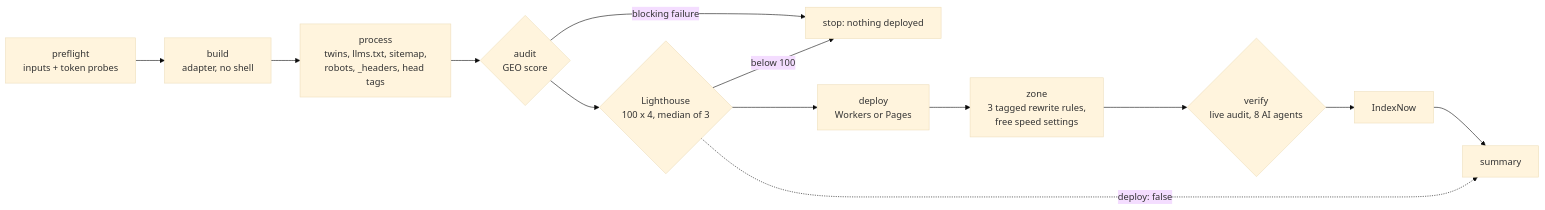
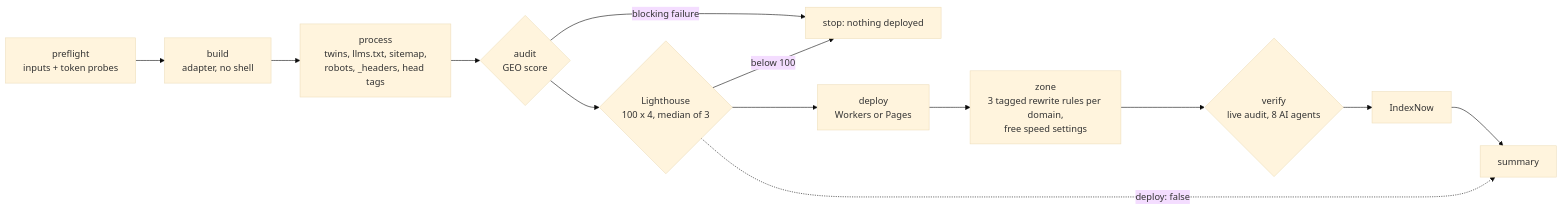
Before and after one commit to Avarok-Cybersecurity/geoharness: the diagram in README.md, drawn with Mermaid (base theme). The commit also changed other lines of this file and 99 other files, not shown here.

First line of the commit message:
Consumer friction from the thomaspbraun.com migration: DNS takeover, per-domain rules, honest rollback, build-meta window, lastmod sources, twin and robots fixes (#6)

````diff
--- a/README.md
+++ b/README.md
@@ -104,14 +105,14 @@
 ```mermaid
 flowchart LR
   P[preflight<br/>inputs + token probes] --> B[build<br/>adapter, no shell]
   B --> PR[process<br/>twins, llms.txt, sitemap,<br/>robots, _headers, head tags]
   PR --> A{audit<br/>GEO score}
   A -->|blocking failure| X[stop: nothing deployed]
   A --> L{Lighthouse<br/>100 x 4, median of 3}
   L -->|below 100| X
   L --> D[deploy<br/>Workers or Pages]
-  D --> Z[zone<br/>3 tagged rewrite rules,<br/>free speed settings]
+  D --> Z[zone<br/>3 tagged rewrite rules per domain,<br/>free speed settings]
   Z --> V{verify<br/>live audit, 8 AI agents}
   V --> I[IndexNow] --> S[summary]
   L -. deploy: false .-> S
 ```
````
